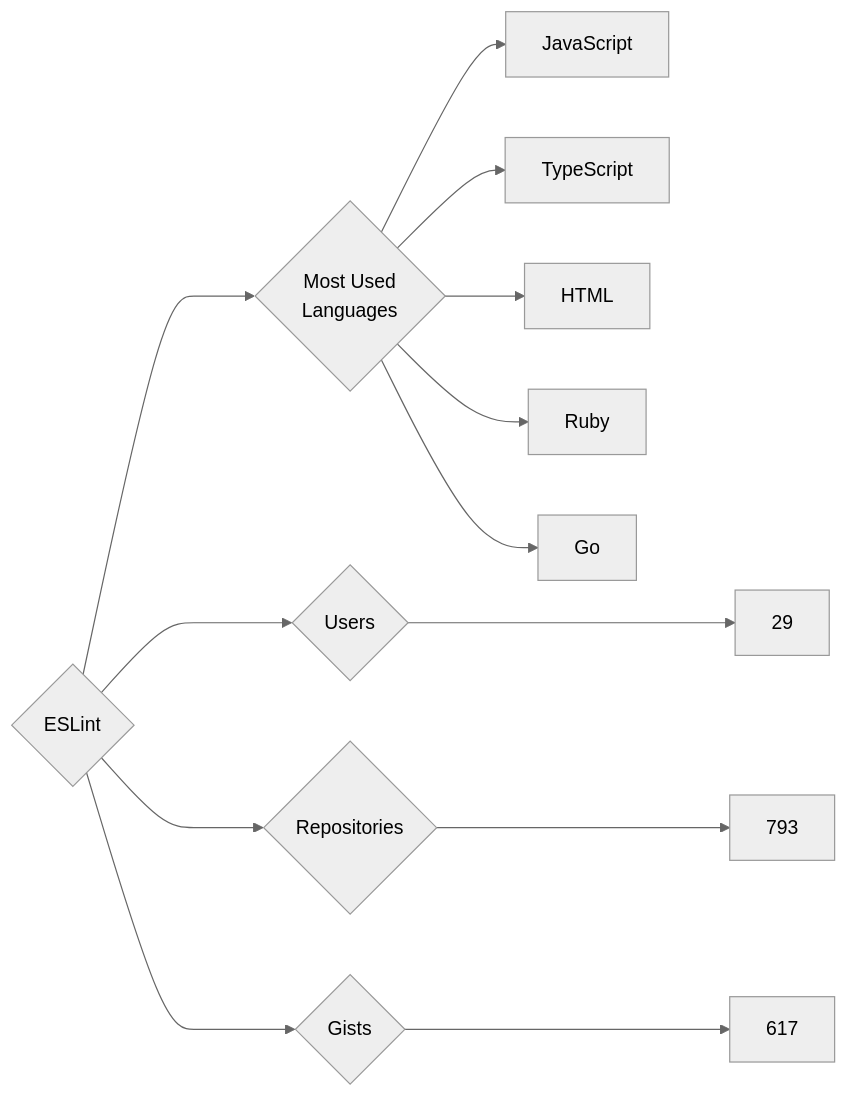
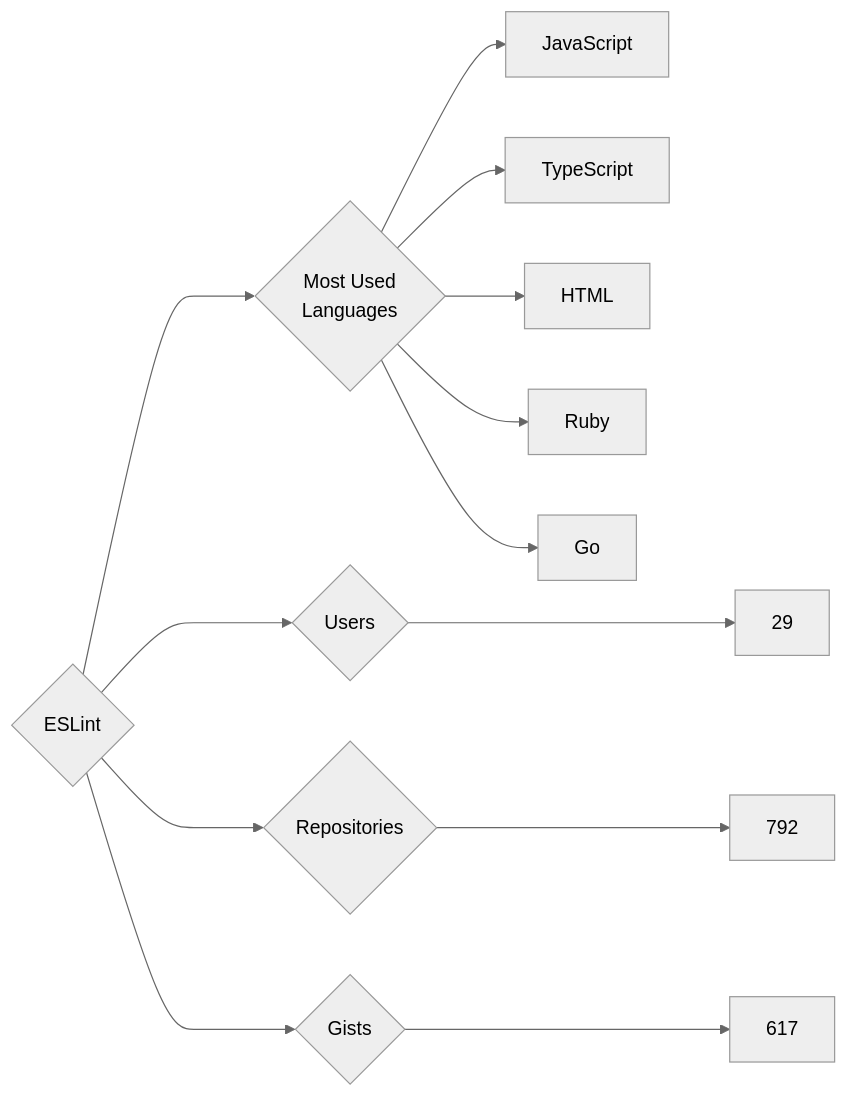
Before and after one commit to trickest/insiders: the diagram in targets/ESLint/README.md, drawn with Mermaid (neutral theme). The commit also changed 823 other files, not shown here.

````diff
--- a/targets/ESLint/README.md
+++ b/targets/ESLint/README.md
@@ -3,13 +3,13 @@
 ```mermaid
 graph LR
 COMPANY_NAME{ESLint}
 COMPANY_NAME ---> U{Users} ---> UN[29]
-COMPANY_NAME ---> R{Repositories} ---> RN[793]
+COMPANY_NAME ---> R{Repositories} ---> RN[792]
 COMPANY_NAME ---> G{Gists} ---> GN[617]
 COMPANY_NAME ---> ML{Most Used<br>Languages}
 ML --> JavaScript[JavaScript]
 ML --> TypeScript[TypeScript]
 ML --> HTML[HTML]
 ML --> Ruby[Ruby]
 ML --> Go[Go]
 ```
````
